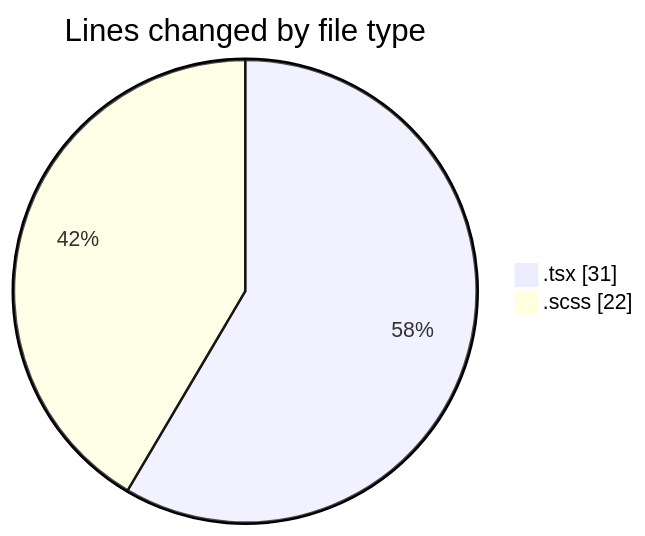
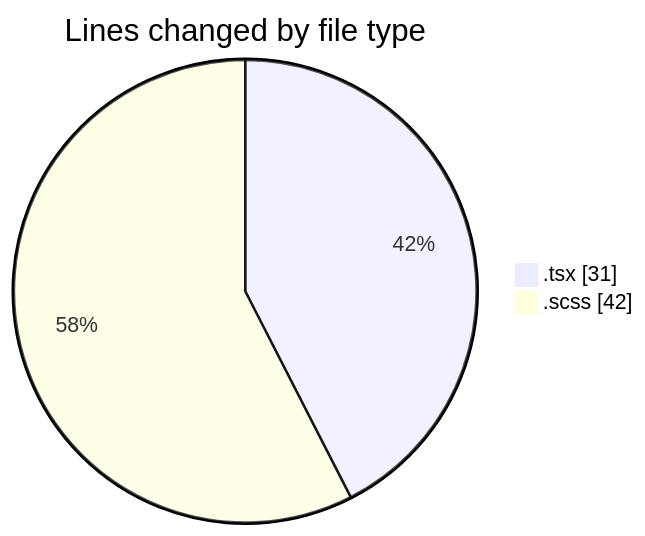
One commit to momahboobian/code-tracking changed the first of 2 diagrams in 2025-04-09/cda/README.md. Above: the diagram before and after it, drawn with Mermaid. The commit also changed other lines of this file and 1 other file, not shown here.

````diff
--- a/2025-04-09/cda/README.md
+++ b/2025-04-09/cda/README.md
@@ -22,6 +22,6 @@
 ```mermaid
 pie showData
 title Lines changed by file type
 ".tsx" : 31
-".scss" : 22
+".scss" : 42
 ```
````
